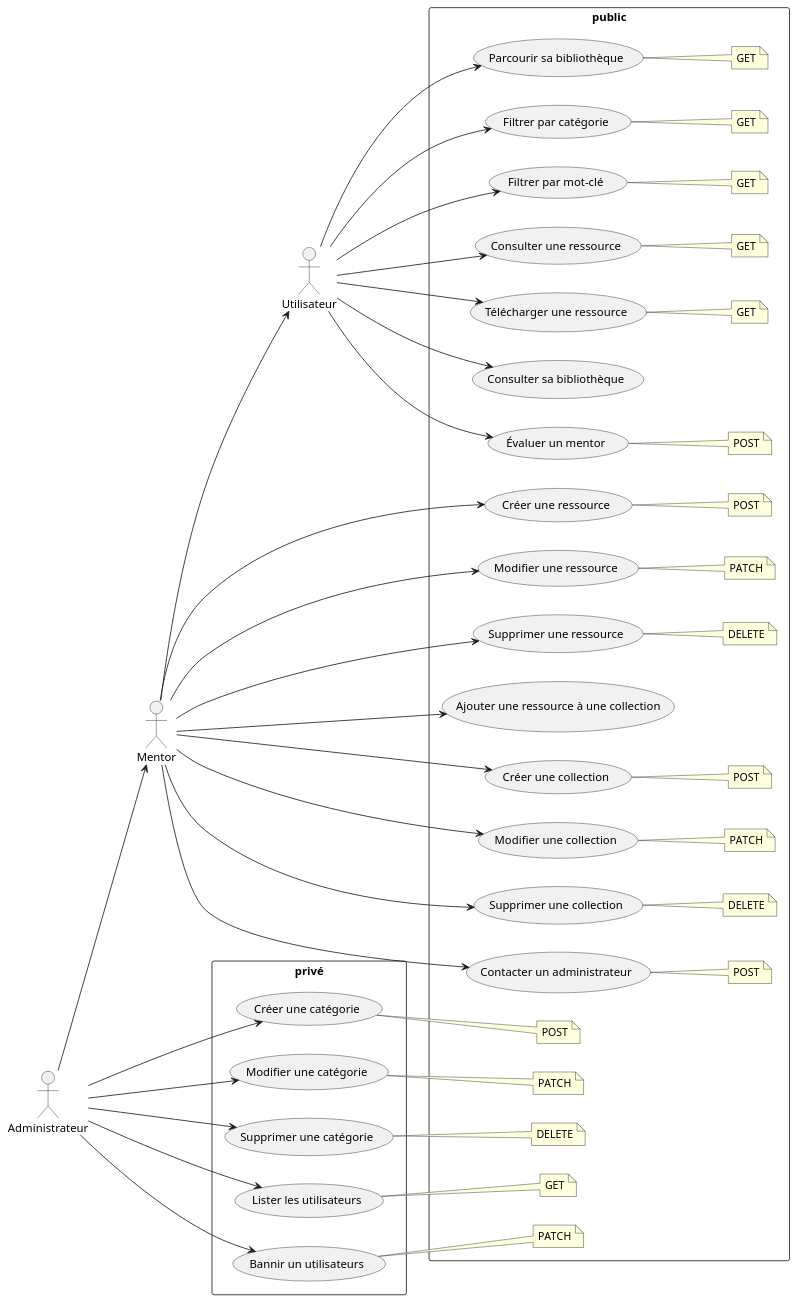
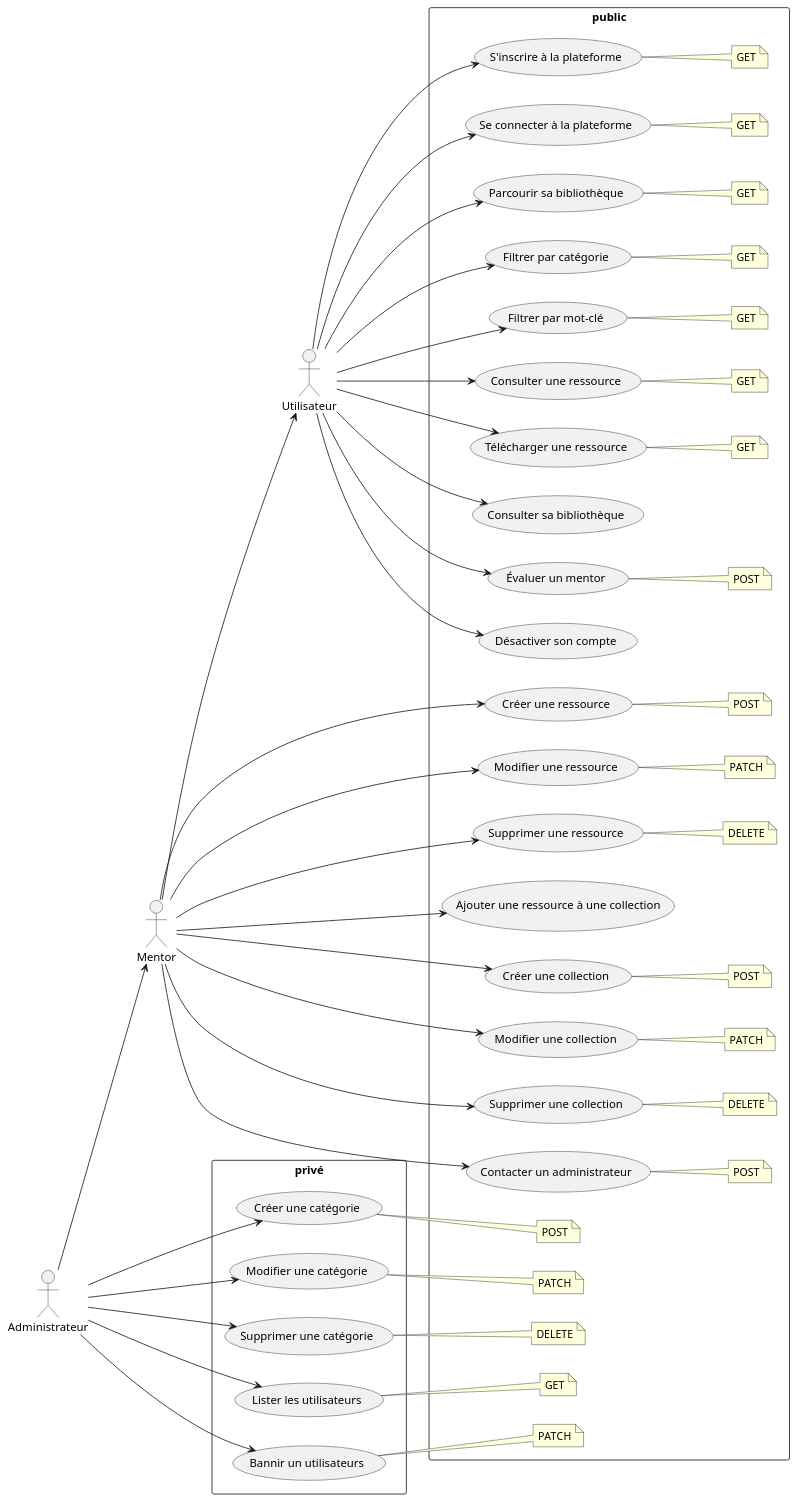
One commit to EmileDevGit/projet-final-api changed the diagram in docs/diagrammes/usecases.puml. Above: the diagram before and after it, drawn with PlantUML.

Commit message:
Ajout de usecases

```diff
--- a/docs/diagrammes/usecases.puml
+++ b/docs/diagrammes/usecases.puml
@@ -1,100 +1,107 @@
 @startuml
 left to right direction
  
 actor Utilisateur
 actor Mentor
 actor Administrateur
  
 rectangle "public"{
+Utilisateur --> (S'inscrire à la plateforme)
+Utilisateur --> (Se connecter à la plateforme)
 Utilisateur --> (Parcourir sa bibliothèque)
 Utilisateur --> (Filtrer par catégorie)
 Utilisateur --> (Filtrer par mot-clé)
 Utilisateur --> (Consulter une ressource)
 Utilisateur --> (Télécharger une ressource)
 Utilisateur --> (Consulter sa bibliothèque)
 Utilisateur --> (Évaluer un mentor)
+Utilisateur --> (Désactiver son compte)
  
  
 Mentor --> (Créer une ressource)
 Mentor --> (Modifier une ressource)
 Mentor --> (Supprimer une ressource)
 Mentor --> (Ajouter une ressource à une collection)
 Mentor --> (Créer une collection)
 Mentor --> (Modifier une collection)
 Mentor --> (Supprimer une collection)
 Mentor --> (Contacter un administrateur)
 }
  
 rectangle "privé"{
 Administrateur --> (Créer une catégorie)
 Administrateur --> (Modifier une catégorie)
 Administrateur --> (Supprimer une catégorie)
 Administrateur --> (Lister les utilisateurs)
 Administrateur --> (Bannir un utilisateurs)
 rectangle "public"{
  
 Administrateur --> Mentor
 Mentor --> Utilisateur
- 
- 
+ note right of (Se connecter à la plateforme)
+  GET
+end note
+ note right of (S'inscrire à la plateforme)
+  GET
+end note
 note right of (Parcourir sa bibliothèque)
   GET
 end note
 note right of (Filtrer par catégorie)
   GET
 end note
 note right of (Filtrer par mot-clé)
   GET
 end note
 note right of (Consulter une ressource)
   GET
 end note
 note right of (Télécharger une ressource)
   GET
 end note
 note right of (Évaluer un mentor)
   POST
 end note
  
  
 note right of (Créer une ressource) 
   POST
 end note
 note right of (Modifier une ressource) 
   PATCH
 end note
 note right of (Supprimer une ressource) 
   DELETE
 end note
 note right of (Créer une collection) 
   POST
 end note
 note right of (Modifier une collection) 
   PATCH
 end note
 note right of (Supprimer une collection) 
   DELETE
 end note
 note right of (Contacter un administrateur) 
   POST
 end note
  
  
  
 note right of (Créer une catégorie) 
   POST
 end note
 note right of (Modifier une catégorie) 
   PATCH
 end note
 note right of (Supprimer une catégorie) 
   DELETE
 end note
 note right of (Lister les utilisateurs) 
   GET
 end note
 note right of (Bannir un utilisateurs) 
   PATCH
 end note
  
 @enduml
```
